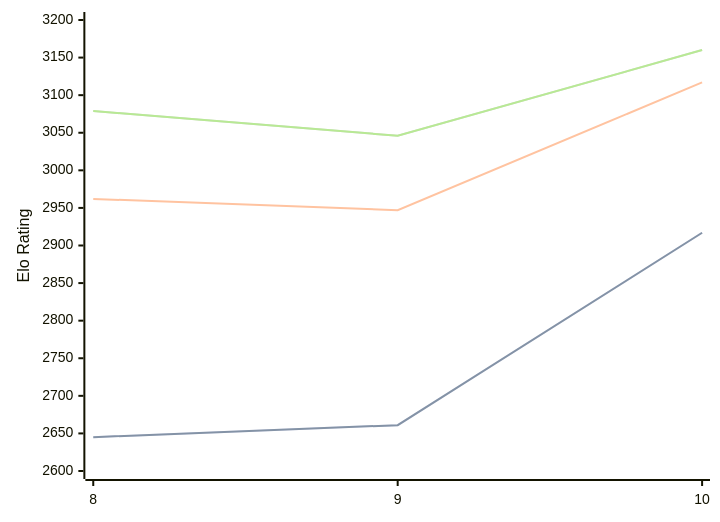
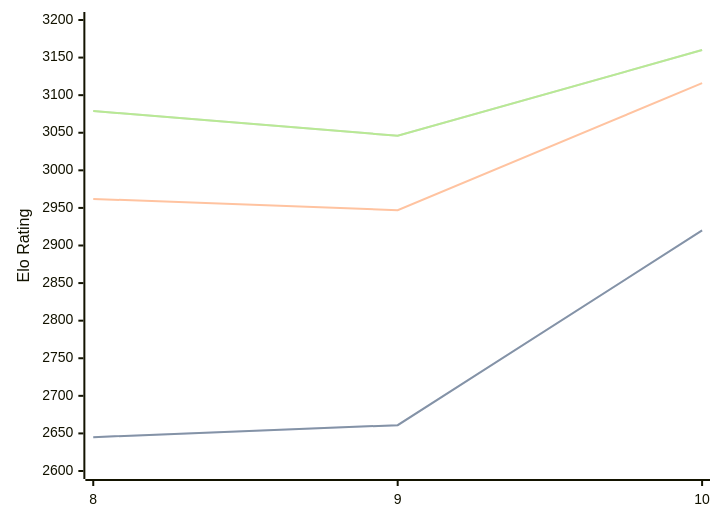
One commit to computer-chess-index/cci changed the diagram in engines/Lozza.md. Above: the diagram before and after it, drawn with Mermaid. The commit also changed other lines of this file, not shown here.

Commit message:
Update CCI Ratings (ELO VLTC) - 2026-03-02

````diff
--- a/engines/Lozza.md
+++ b/engines/Lozza.md
@@ -39,11 +39,11 @@
 ```mermaid
 %%{init: {"theme":"base","themeVariables":{"seriesColors:['#a3a3a3','#222221','#faa371']}}}%%
 xychart-beta
   x-axis ["8", "9", "10"]
   y-axis "Elo Rating" 2600 --> 3200
-  line "STC (8.0+0.08s)" [2645, 2661, 2917]
-  line "STC (8.0+0.08s)" [2645, 2661, 2917]
-  line "LTC (60.0+0.60s)" [2962, 2947, 3117]
+  line "STC (8.0+0.08s)" [2645, 2661, 2920]
+  line "STC (8.0+0.08s)" [2645, 2661, 2920]
+  line "LTC (60.0+0.60s)" [2962, 2947, 3116]
   line "VLTC (2m24s+1.12s)" [3079, 3046, 3160]
   line "VLTC (2m24s+1.12s)" [3079, 3046, 3160]
 ```
````
